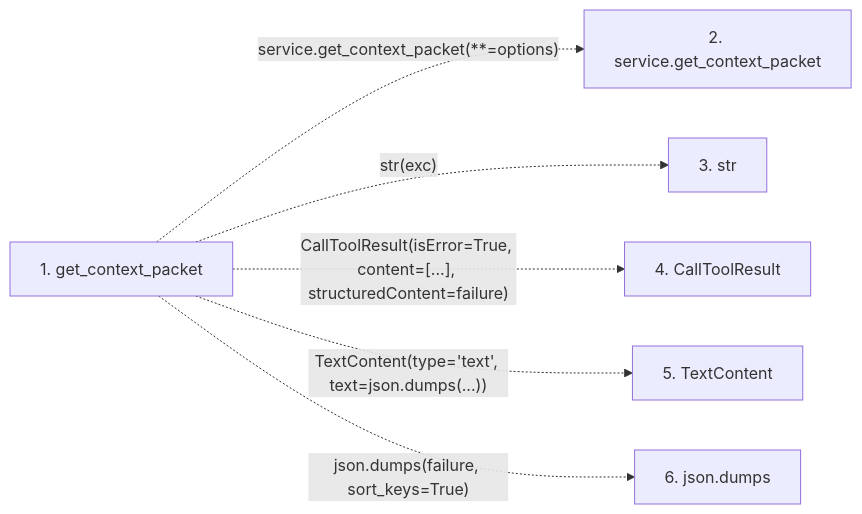
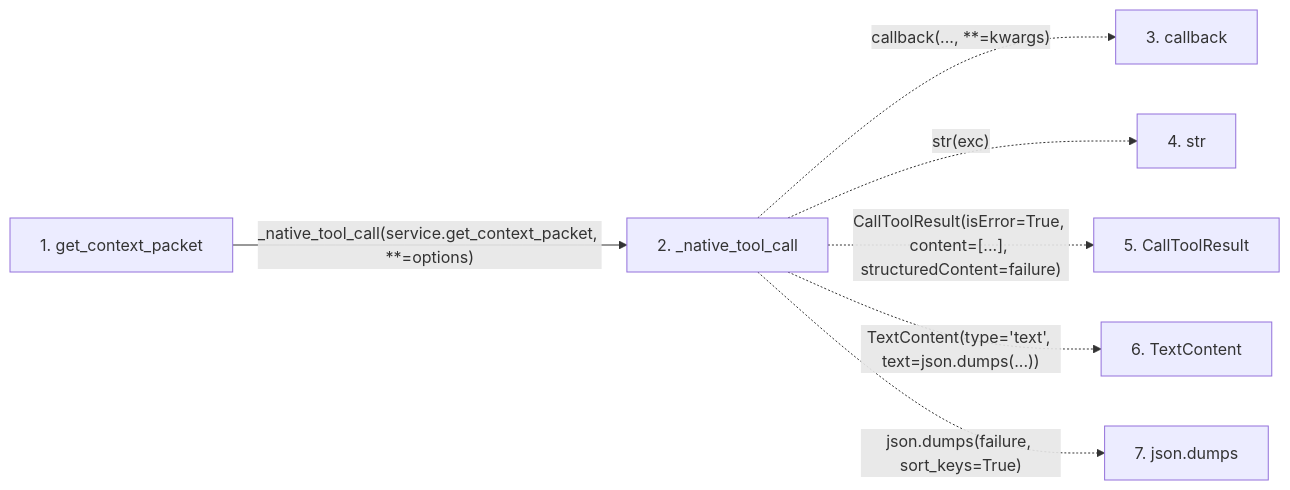
One commit to Denissvgn/python-wiki-llm changed the second of 2 diagrams in docs/llm_wiki/flows/mcp-get_context_packet.md. Above: the diagram before and after it, drawn with Mermaid. The commit also changed other lines of this file and 173 other files, not shown here.

````diff
--- a/docs/llm_wiki/flows/mcp-get_context_packet.md
+++ b/docs/llm_wiki/flows/mcp-get_context_packet.md
@@ -28,15 +30,18 @@
 ```mermaid
 flowchart LR
     s1["1. get_context_packet"]
-    s2["2. service.get_context_packet"]
-    s3["3. str"]
-    s4["4. CallToolResult"]
-    s5["5. TextContent"]
-    s6["6. json.dumps"]
-    s1 -. "service.get_context_packet(**=options)" .-> s2
-    s1 -. "str(exc)" .-> s3
-    s1 -. "CallToolResult(isError=True, content=[...], structuredContent=failure)" .-> s4
-    s1 -. "TextContent(type='text', text=json.dumps(...))" .-> s5
-    s1 -. "json.dumps(failure, sort_keys=True)" .-> s6
+    s2["2. _native_tool_call"]
+    s3["3. callback"]
+    s4["4. str"]
+    s5["5. CallToolResult"]
+    s6["6. TextContent"]
+    s7["7. json.dumps"]
+    s1 -->|"_native_tool_call(service.get_context_packet, **=options)"| s2
+    s2 -. "callback(..., **=kwargs)" .-> s3
+    s2 -. "str(exc)" .-> s4
+    s2 -. "CallToolResult(isError=True, content=[...], structuredContent=failure)" .-> s5
+    s2 -. "TextContent(type='text', text=json.dumps(...))" .-> s6
+    s2 -. "json.dumps(failure, sort_keys=True)" .-> s7
     click s1 "../modules/mcp_server.md"
+    click s2 "../modules/mcp_server.md"
 ```
````
